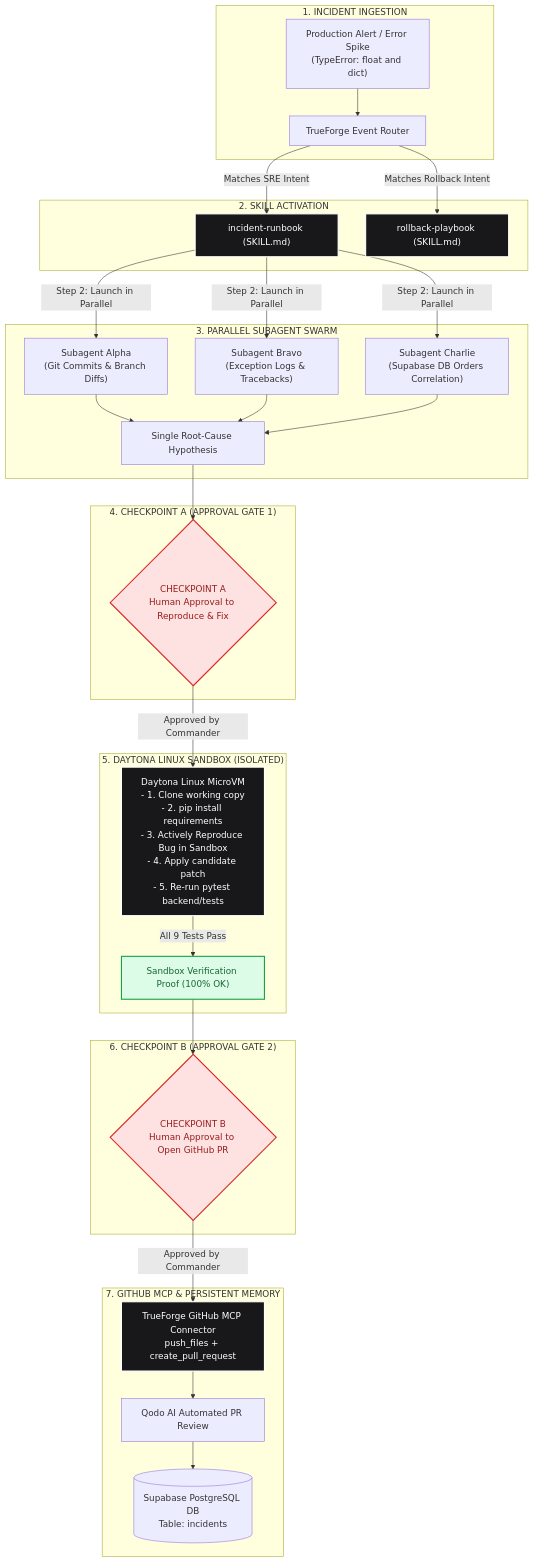
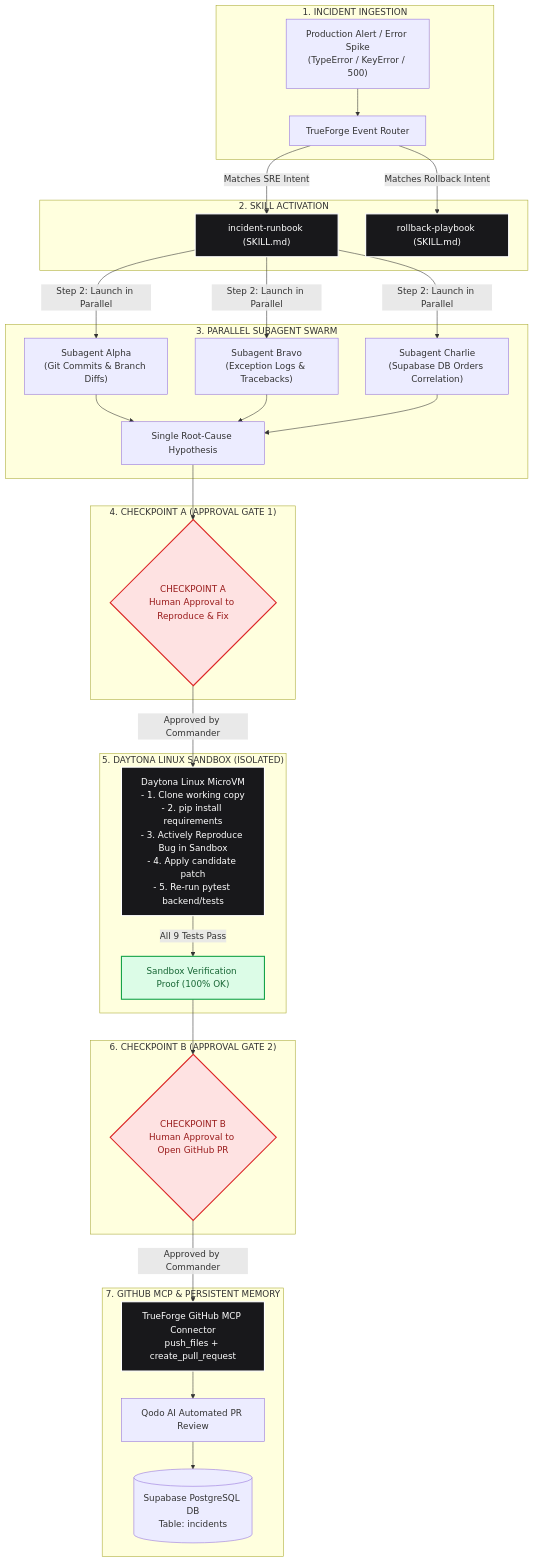
The diagram in README.md (Sourjya-Saha/sentinelops-skills), drawn with Mermaid before and after one commit. The commit also changed other lines of this file and 1 other file, not shown here.

Commit message:
docs: add all 4 production incident case studies and update HITL_2 image

````diff
--- a/README.md
+++ b/README.md
@@ -27,48 +28,48 @@
 ```mermaid
 flowchart TD
     subgraph TriggerLayer ["1. INCIDENT INGESTION"]
-        Alert["Production Alert / Error Spike<br/>(TypeError: float and dict)"] --> Dispatcher["TrueForge Event Router"]
+        Alert["Production Alert / Error Spike<br/>(TypeError / KeyError / 500)"] --> Dispatcher["TrueForge Event Router"]
     end
 
     subgraph SkillSelection ["2. SKILL ACTIVATION"]
         Dispatcher -->|Matches SRE Intent| Runbook["incident-runbook (SKILL.md)"]
         Dispatcher -->|Matches Rollback Intent| Playbook["rollback-playbook (SKILL.md)"]
     end
 
     subgraph SwarmExecution ["3. PARALLEL SUBAGENT SWARM"]
         Runbook -->|Step 2: Launch in Parallel| SubAlpha["Subagent Alpha<br/>(Git Commits & Branch Diffs)"]
         Runbook -->|Step 2: Launch in Parallel| SubBravo["Subagent Bravo<br/>(Exception Logs & Tracebacks)"]
         Runbook -->|Step 2: Launch in Parallel| SubCharlie["Subagent Charlie<br/>(Supabase DB Orders Correlation)"]
         
         SubAlpha --> Hypothesis["Single Root-Cause Hypothesis"]
         SubBravo --> Hypothesis
         SubCharlie --> Hypothesis
     end
 
     subgraph Gate1 ["4. CHECKPOINT A (APPROVAL GATE 1)"]
         Hypothesis --> CheckpointA{"CHECKPOINT A<br/>Human Approval to Reproduce & Fix"}
     end
 
     subgraph DaytonaIsolation ["5. DAYTONA LINUX SANDBOX (ISOLATED)"]
         CheckpointA -->|Approved by Commander| Daytona["Daytona Linux MicroVM<br/>- 1. Clone working copy<br/>- 2. pip install requirements<br/>- 3. Actively Reproduce Bug in Sandbox<br/>- 4. Apply candidate patch<br/>- 5. Re-run pytest backend/tests"]
         Daytona -->|All 9 Tests Pass| Proof["Sandbox Verification Proof (100% OK)"]
     end
 
     subgraph Gate2 ["6. CHECKPOINT B (APPROVAL GATE 2)"]
         Proof --> CheckpointB{"CHECKPOINT B<br/>Human Approval to Open GitHub PR"}
     end
 
     subgraph GitHubAndQodo ["7. GITHUB MCP & PERSISTENT MEMORY"]
         CheckpointB -->|Approved by Commander| GitHubMCP["TrueForge GitHub MCP Connector<br/>push_files + create_pull_request"]
         GitHubMCP --> QodoReview["Qodo AI Automated PR Review"]
         QodoReview --> SupabaseMemory[("Supabase PostgreSQL DB<br/>Table: incidents")]
     end
 
     classDef redGate fill:#fee2e2,stroke:#dc2626,stroke-width:2px,color:#991b1b;
     classDef darkNode fill:#18181b,stroke:#ffffff,stroke-width:2px,color:#ffffff;
     classDef greenProof fill:#dcfce7,stroke:#16a34a,stroke-width:2px,color:#166534;
 
     class CheckpointA,CheckpointB redGate;
     class Runbook,Playbook,Daytona,GitHubMCP darkNode;
     class Proof greenProof;
 ```
````
